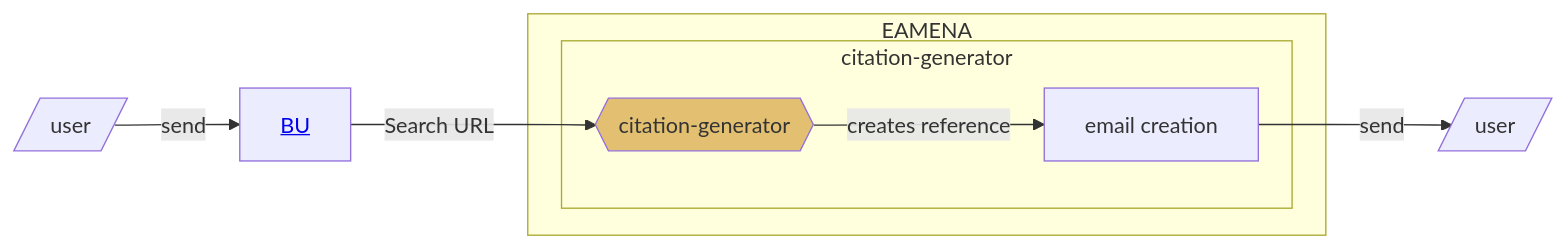
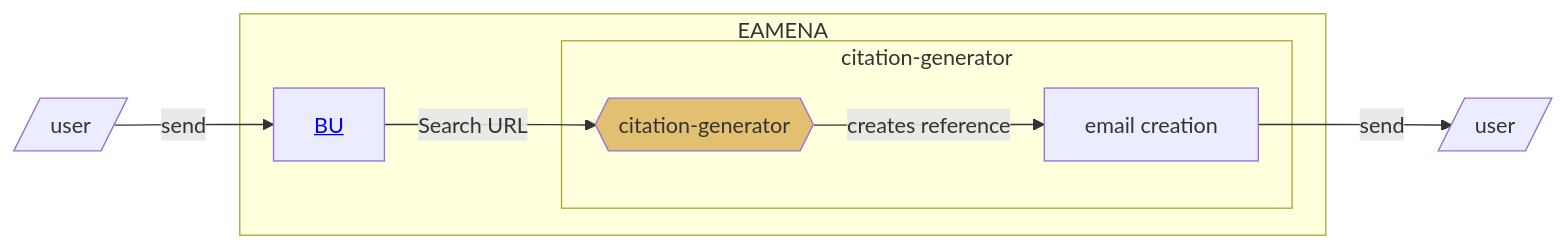
The second of 2 diagrams in data/bibref/README.md (eamena-project/eamena-arches-dev), drawn with Mermaid before and after one commit.

Commit message:
citation README

````diff
--- a/data/bibref/README.md
+++ b/data/bibref/README.md
@@ -35,12 +35,12 @@
 ```mermaid
 flowchart LR
 	U[/user/] -- send --> A[<a href='https://github.com/eamena-project/eamena-arches-dev/blob/main/dbs/database.eamena/docs/notes/Arches%207%20Upgrade.md#splitchunk'>BU</a>];
+	subgraph EAMENA
 	A --Search URL--> G{{citation-generator}}:::eamenaFunc;
-	subgraph EAMENA
 		subgraph citation-generator
-		G -- creates reference --> H[email creation];;
+		G -- creates reference --> H[email creation];
 		end
 	end
 	H -- send --> I[/user/];
 	classDef eamenaFunc fill:#e3c071;
 ```
````
